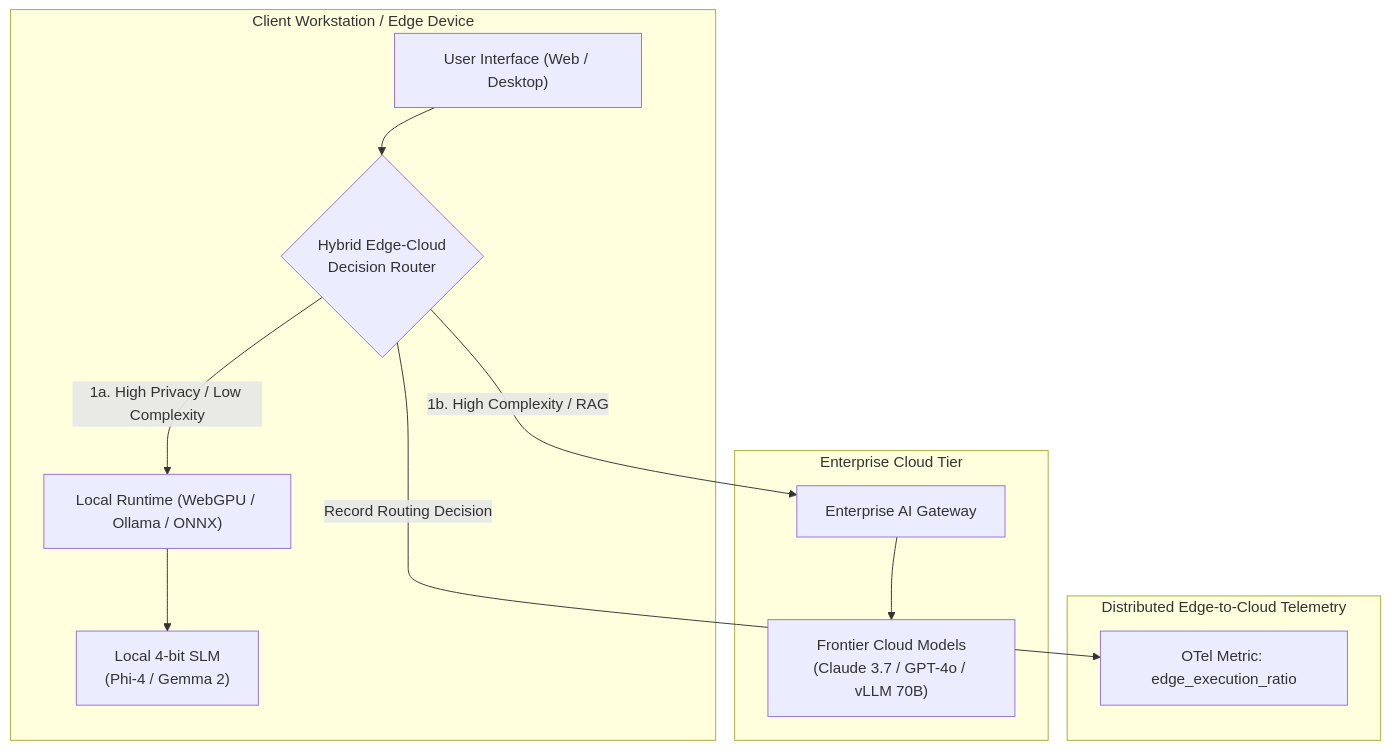
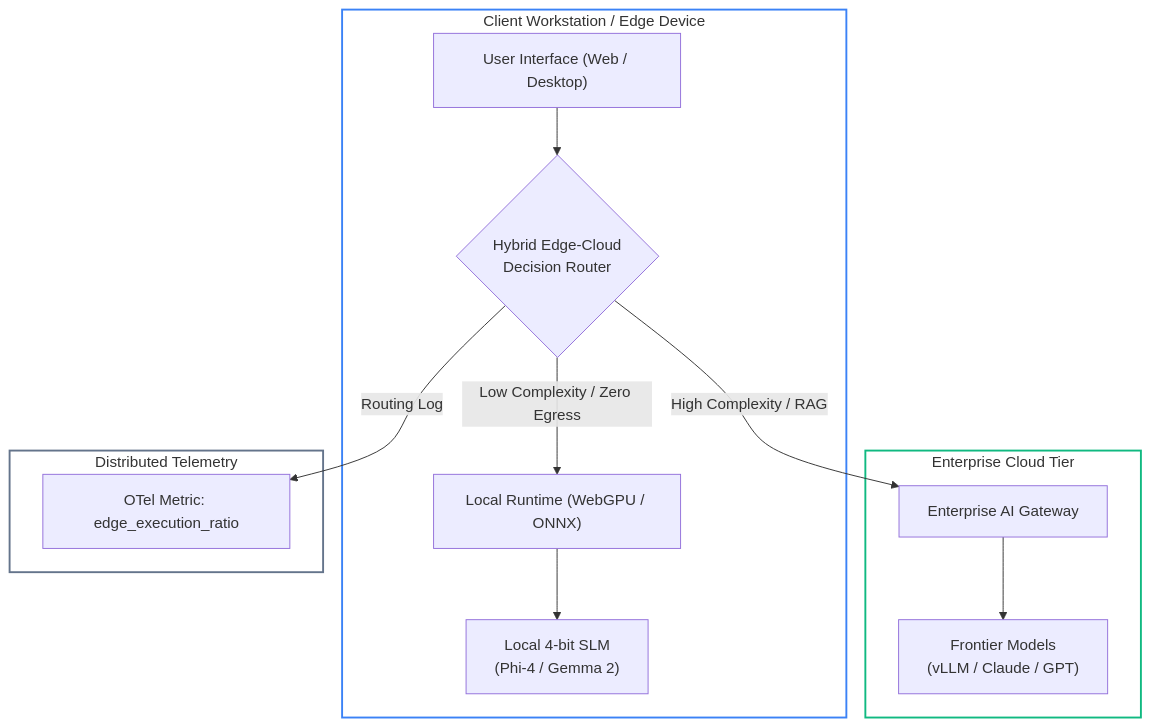
Before and after one commit to dip4k/senior-engineer-to-ai-engineer-roadmap: the diagram in 07-production-deployment-and-llmops/07-edge-ai-and-client-side-inference.md, drawn with Mermaid. The commit also changed other lines of this file and 49 other files, not shown here.

First line of the commit message:
feat(curriculum): complete 2026 refactoring across roadmaps, use-cases, labs, and agent-forge

````diff
--- a/07-production-deployment-and-llmops/07-edge-ai-and-client-side-inference.md
+++ b/07-production-deployment-and-llmops/07-edge-ai-and-client-side-inference.md
@@ -267,21 +282,21 @@
 ```mermaid
 flowchart TD
     subgraph ClientDevice["Client Workstation / Edge Device"]
         UI["User Interface (Web / Desktop)"] --> Router{"Hybrid Edge-Cloud<br/>Decision Router"}
-        
-        Router -->|"1a. High Privacy / Low Complexity"| LocalEngine["Local Runtime (WebGPU / Ollama / ONNX)"]
+        Router -->|"Low Complexity / Zero Egress"| LocalEngine["Local Runtime (WebGPU / ONNX)"]
         LocalEngine --> SLM["Local 4-bit SLM<br/>(Phi-4 / Gemma 2)"]
     end
 
-    subgraph CloudInfrastructure["Enterprise Cloud Tier"]
-        Router -->|"1b. High Complexity / RAG"| CloudGW["Enterprise AI Gateway"]
-        CloudGW --> Frontier["Frontier Cloud Models<br/>(Claude 3.7 / GPT-4o / vLLM 70B)"]
+    subgraph CloudTier["Enterprise Cloud Tier"]
+        Router -->|"High Complexity / RAG"| CloudGW["Enterprise AI Gateway"]
+        CloudGW --> Frontier["Frontier Models<br/>(vLLM / Claude / GPT)"]
     end
 
-    subgraph Observability["Distributed Edge-to-Cloud Telemetry"]
-        Router -->|"Record Routing Decision"| Metrics["OTel Metric: edge_execution_ratio"]
+    subgraph Telemetry["Distributed Telemetry"]
+        Router -->|"Routing Log"| Metrics["OTel Metric: edge_execution_ratio"]
     end
 
-    ClientDevice ~~~ CloudInfrastructure
-    CloudInfrastructure ~~~ Observability
+    style ClientDevice fill:none,stroke:#3b82f6,stroke-width:2px
+    style CloudTier fill:none,stroke:#10b981,stroke-width:2px
+    style Telemetry fill:none,stroke:#64748b,stroke-width:2px
 ```
````
